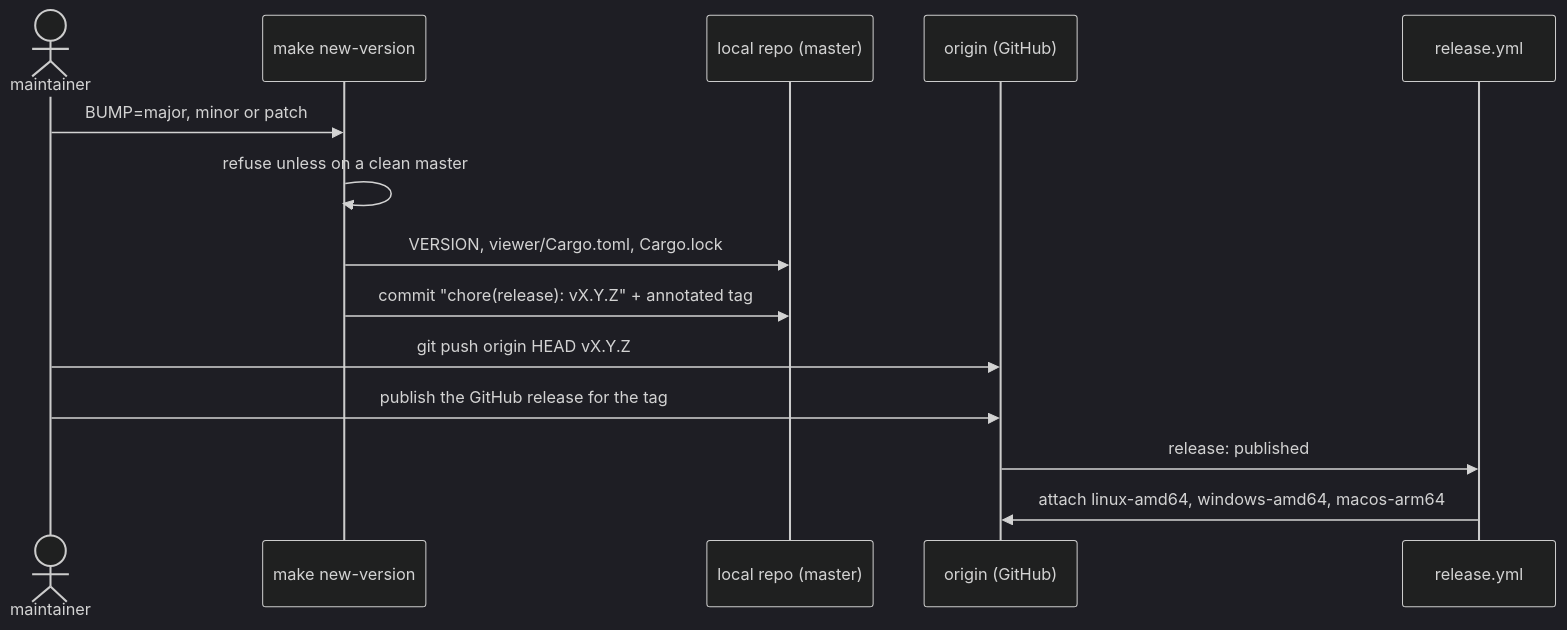
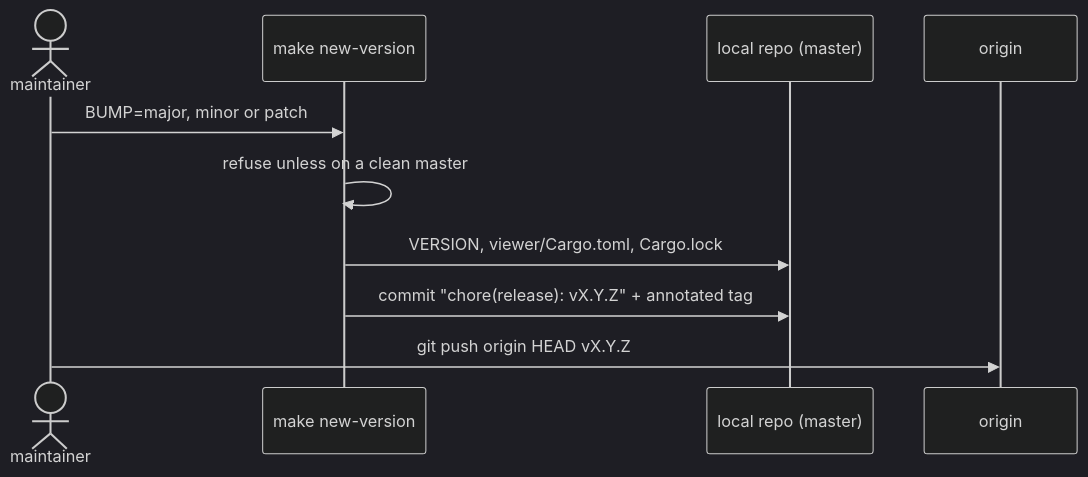
One commit to Avicted/tools.pipeline-graph changed the tenth of 10 diagrams in docs/architecture.md. Above: the diagram before and after it, drawn with Mermaid (dark theme). The commit also changed other lines of this file and 3 other files, not shown here.

First line of the commit message:
ci: remove release.yml; a release is a local version tag

````diff
--- a/docs/architecture.md
+++ b/docs/architecture.md
@@ -372,16 +363,12 @@
 ```mermaid
 sequenceDiagram
     actor dev as maintainer
     participant mk as make new-version
     participant local as local repo (master)
-    participant origin as origin (GitHub)
-    participant ci as release.yml
+    participant origin as origin
     dev->>mk: BUMP=major, minor or patch
     mk->>mk: refuse unless on a clean master
     mk->>local: VERSION, viewer/Cargo.toml, Cargo.lock
     mk->>local: commit "chore(release): vX.Y.Z" + annotated tag
     dev->>origin: git push origin HEAD vX.Y.Z
-    dev->>origin: publish the GitHub release for the tag
-    origin->>ci: release: published
-    ci->>origin: attach linux-amd64, windows-amd64, macos-arm64
 ```
````
